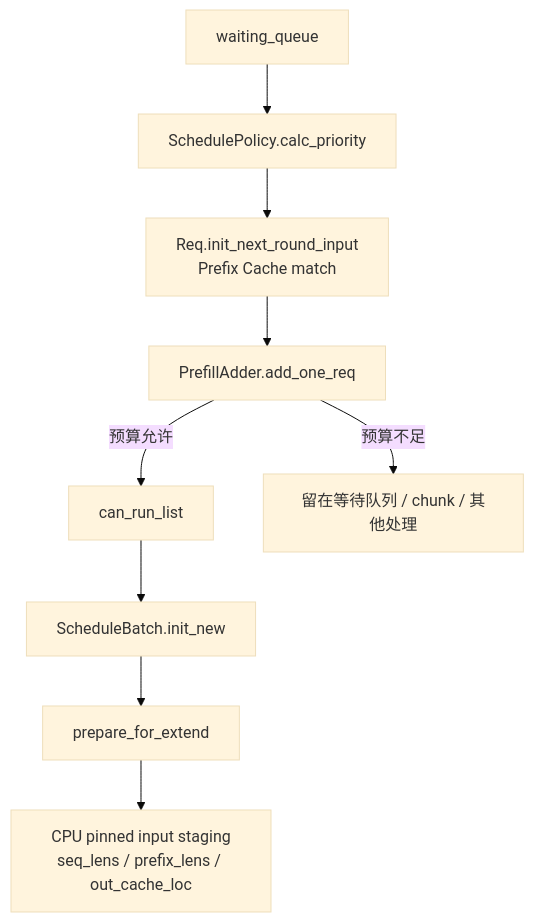
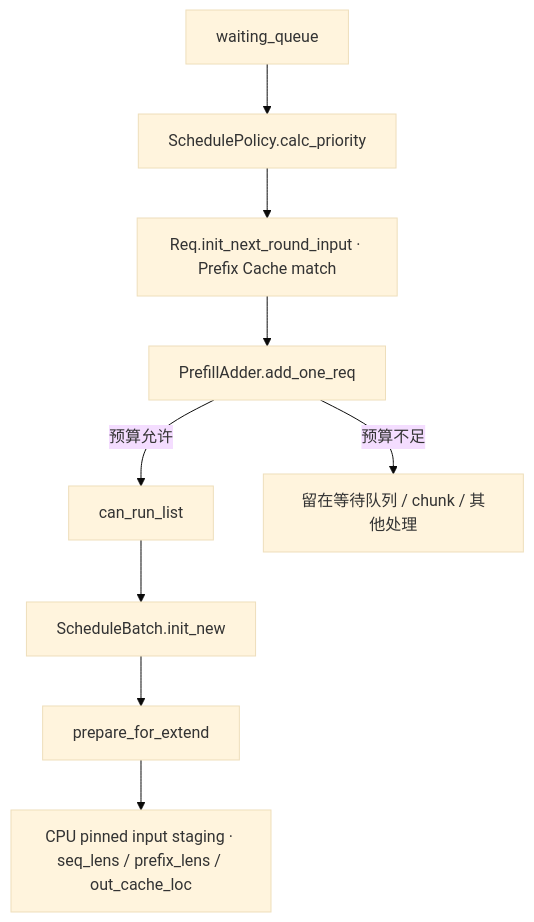
One commit to AkiYangDev/llm-inference-notes changed the second of 5 diagrams in docs/sglang/sglang-scheduler-source-analysis.md. Above: the diagram before and after it, drawn with Mermaid (base theme). The commit also changed other lines of this file and 44 other files, not shown here.

````diff
--- a/docs/sglang/sglang-scheduler-source-analysis.md
+++ b/docs/sglang/sglang-scheduler-source-analysis.md
@@ -175,11 +163,11 @@
 ```mermaid
 flowchart TD
     W[waiting_queue] --> P[SchedulePolicy.calc_priority]
-    P --> M[Req.init_next_round_input<br/>Prefix Cache match]
+    P --> M[Req.init_next_round_input · Prefix Cache match]
     M --> A[PrefillAdder.add_one_req]
     A -->|预算允许| C[can_run_list]
     A -->|预算不足| W2[留在等待队列 / chunk / 其他处理]
     C --> S[ScheduleBatch.init_new]
     S --> E[prepare_for_extend]
-    E --> T[CPU pinned input staging<br/>seq_lens / prefix_lens / out_cache_loc]
+    E --> T[CPU pinned input staging · seq_lens / prefix_lens / out_cache_loc]
 ```
````
